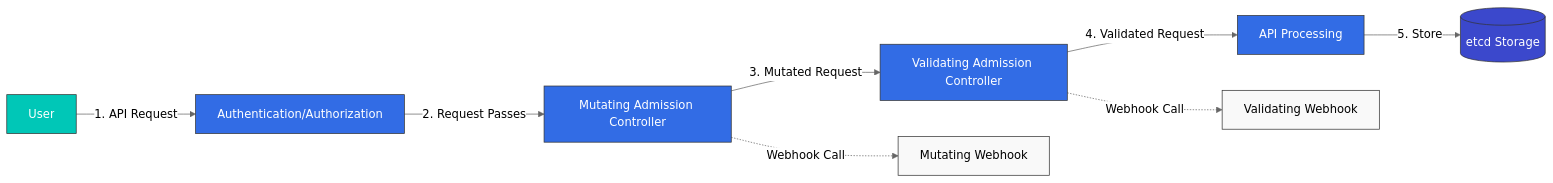
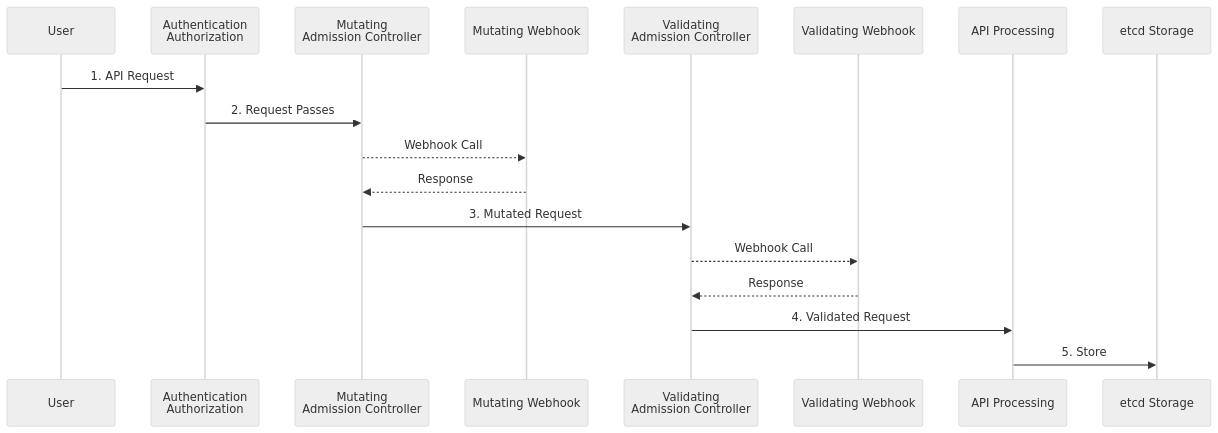
The fourth of 7 diagrams in en/core/11-extending-kubernetes.md (Atom-oh/kubernetes-docs), drawn with Mermaid (neutral theme) before and after one commit. The commit also changed 27 other files, not shown here.

````diff
--- a/en/core/11-extending-kubernetes.md
+++ b/en/core/11-extending-kubernetes.md
@@ -427,21 +427,21 @@
 ```mermaid
-flowchart LR
-    User[User] --> |1. API Request| Auth[Authentication/Authorization]
-    Auth --> |2. Request Passes| MAC[Mutating Admission Controller]
-    MAC --> |3. Mutated Request| VAC[Validating Admission Controller]
-    VAC --> |4. Validated Request| API[API Processing]
-    API --> |5. Store| STOR[(etcd Storage)]
+sequenceDiagram
+    participant User
+    participant Auth as Authentication<br/>Authorization
+    participant MAC as Mutating<br/>Admission Controller
+    participant MWH as Mutating Webhook
+    participant VAC as Validating<br/>Admission Controller
+    participant VWH as Validating Webhook
+    participant API as API Processing
+    participant STOR as etcd Storage
 
-    MAC -.-> |Webhook Call| MWH[Mutating Webhook]
-    VAC -.-> |Webhook Call| VWH[Validating Webhook]
-
-    classDef k8sComponent fill:#326CE5,stroke:#333,stroke-width:1px,color:white;
-    classDef userApp fill:#00C7B7,stroke:#333,stroke-width:1px,color:white;
-    classDef dataStore fill:#3B48CC,stroke:#333,stroke-width:1px,color:white;
-    classDef default fill:#f9f9f9,stroke:#333,stroke-width:1px,color:black;
-
-    class Auth,MAC,VAC,API k8sComponent;
-    class User userApp;
-    class STOR dataStore;
-    class MWH,VWH default;
+    User->>Auth: 1. API Request
+    Auth->>MAC: 2. Request Passes
+    MAC-->>MWH: Webhook Call
+    MWH-->>MAC: Response
+    MAC->>VAC: 3. Mutated Request
+    VAC-->>VWH: Webhook Call
+    VWH-->>VAC: Response
+    VAC->>API: 4. Validated Request
+    API->>STOR: 5. Store
 ```
````
